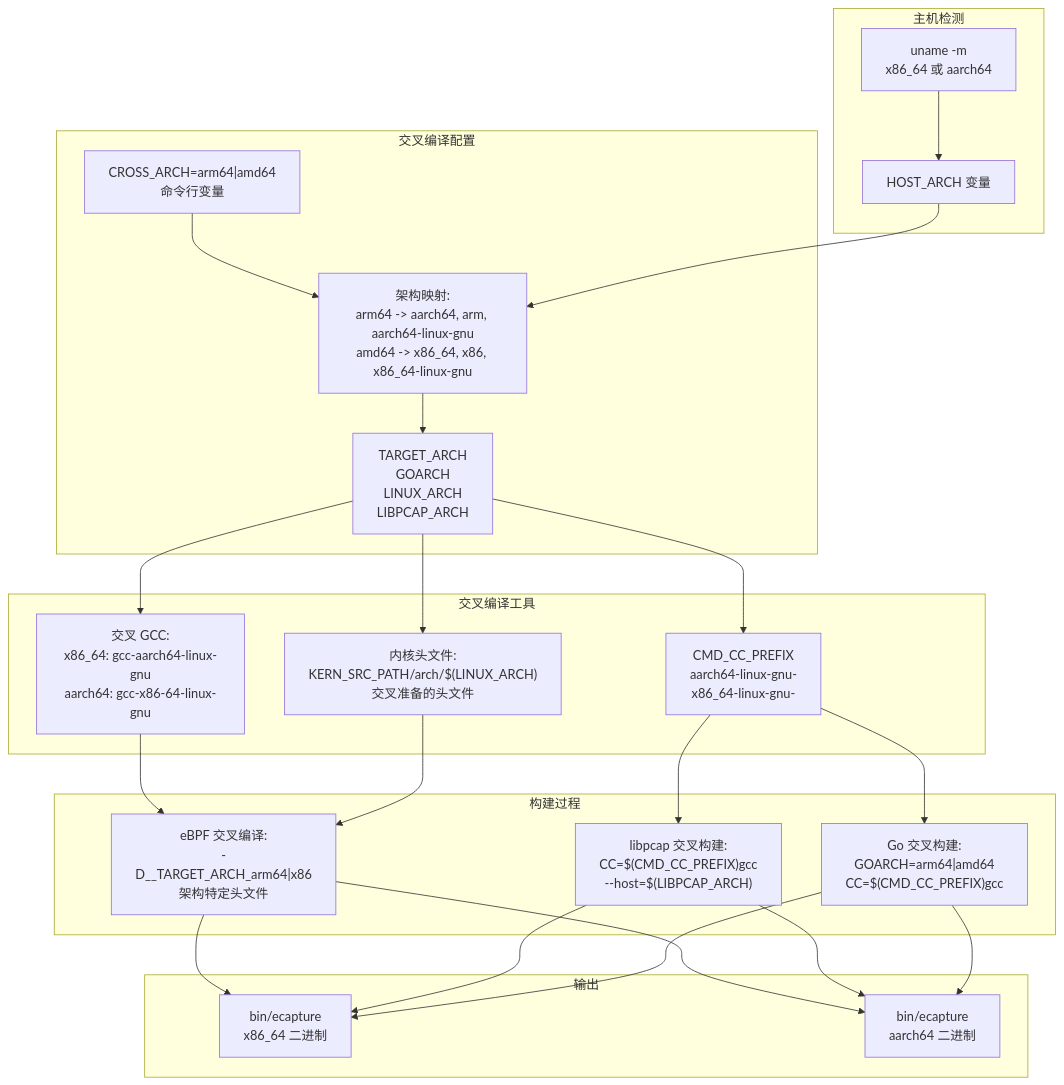
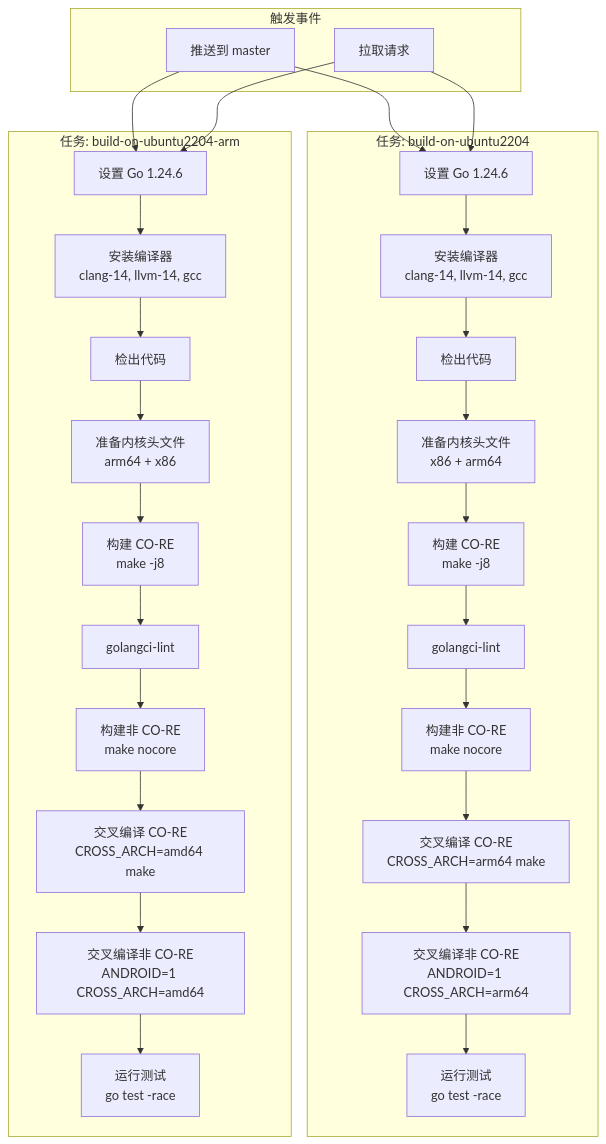
One commit to gojue/ecapture.cc changed the fifth of 6 diagrams in src/zh/5-development-guide/5.1-build-system.md. Above: the diagram before and after it, drawn with Mermaid. The commit also changed other lines of this file and 115 other files, not shown here.

````diff
--- a/src/zh/5-development-guide/5.1-build-system.md
+++ b/src/zh/5-development-guide/5.1-build-system.md
@@ -506,57 +596,58 @@
 ```mermaid
 graph TB
-    subgraph "主机检测"
-        UNAME["uname -m<br/>x86_64 或 aarch64"]
-        HOST_ARCH["HOST_ARCH 变量"]
+    subgraph "触发事件"
+        PUSH["推送到 master"]
+        PR["拉取请求"]
     end
     
-    subgraph "交叉编译配置"
-        CROSS_VAR["CROSS_ARCH=arm64|amd64<br/>命令行变量"]
-        
-        MAPPINGS["架构映射:<br/>arm64 -> aarch64, arm, aarch64-linux-gnu<br/>amd64 -> x86_64, x86, x86_64-linux-gnu"]
-        
-        TARGET_ARCH["TARGET_ARCH<br/>GOARCH<br/>LINUX_ARCH<br/>LIBPCAP_ARCH"]
+    subgraph "任务: build-on-ubuntu2204"
+        SETUP_GO_X86["设置 Go 1.24.6"]
+        INSTALL_X86["安装编译器<br/>clang-14, llvm-14, gcc"]
+        CHECKOUT_X86["检出代码"]
+        KERNEL_X86["准备内核头文件<br/>x86 + arm64"]
+        BUILD_CORE_X86["构建 CO-RE<br/>make -j8"]
+        LINT_X86["golangci-lint"]
+        BUILD_NOCORE_X86["构建非 CO-RE<br/>make nocore"]
+        CROSS_CORE_X86["交叉编译 CO-RE<br/>CROSS_ARCH=arm64 make"]
+        CROSS_NOCORE_X86["交叉编译非 CO-RE<br/>ANDROID=1 CROSS_ARCH=arm64"]
+        TEST_X86["运行测试<br/>go test -race"]
     end
     
-    subgraph "交叉编译工具"
-        GCC_CROSS["交叉 GCC:<br/>x86_64: gcc-aarch64-linux-gnu<br/>aarch64: gcc-x86-64-linux-gnu"]
-        
-        KERN_HEADERS["内核头文件:<br/>KERN_SRC_PATH/arch/$(LINUX_ARCH)<br/>交叉准备的头文件"]
-        
-        CC_PREFIX["CMD_CC_PREFIX<br/>aarch64-linux-gnu-<br/>x86_64-linux-gnu-"]
+    subgraph "任务: build-on-ubuntu2204-arm"
+        SETUP_GO_ARM["设置 Go 1.24.6"]
+        INSTALL_ARM["安装编译器<br/>clang-14, llvm-14, gcc"]
+        CHECKOUT_ARM["检出代码"]
+        KERNEL_ARM["准备内核头文件<br/>arm64 + x86"]
+        BUILD_CORE_ARM["构建 CO-RE<br/>make -j8"]
+        LINT_ARM["golangci-lint"]
+        BUILD_NOCORE_ARM["构建非 CO-RE<br/>make nocore"]
+        CROSS_CORE_ARM["交叉编译 CO-RE<br/>CROSS_ARCH=amd64 make"]
+        CROSS_NOCORE_ARM["交叉编译非 CO-RE<br/>ANDROID=1 CROSS_ARCH=amd64"]
+        TEST_ARM["运行测试<br/>go test -race"]
     end
     
-    subgraph "构建过程"
-        EBPF_CROSS["eBPF 交叉编译:<br/>-D__TARGET_ARCH_arm64|x86<br/>架构特定头文件"]
-        
-        LIBPCAP_CROSS["libpcap 交叉构建:<br/>CC=$(CMD_CC_PREFIX)gcc<br/>--host=$(LIBPCAP_ARCH)"]
-        
-        GO_CROSS["Go 交叉构建:<br/>GOARCH=arm64|amd64<br/>CC=$(CMD_CC_PREFIX)gcc"]
-    end
+    PUSH --> SETUP_GO_X86
+    PR --> SETUP_GO_X86
+    PUSH --> SETUP_GO_ARM
+    PR --> SETUP_GO_ARM
     
-    subgraph "输出"
-        X86_BIN["bin/ecapture<br/>x86_64 二进制"]
-        ARM_BIN["bin/ecapture<br/>aarch64 二进制"]
-    end
+    SETUP_GO_X86 --> INSTALL_X86
+    INSTALL_X86 --> CHECKOUT_X86
+    CHECKOUT_X86 --> KERNEL_X86
+    KERNEL_X86 --> BUILD_CORE_X86
+    BUILD_CORE_X86 --> LINT_X86
+    LINT_X86 --> BUILD_NOCORE_X86
+    BUILD_NOCORE_X86 --> CROSS_CORE_X86
+    CROSS_CORE_X86 --> CROSS_NOCORE_X86
+    CROSS_NOCORE_X86 --> TEST_X86
     
-    UNAME --> HOST_ARCH
-    CROSS_VAR --> MAPPINGS
-    HOST_ARCH --> MAPPINGS
-    MAPPINGS --> TARGET_ARCH
-    
-    TARGET_ARCH --> GCC_CROSS
-    TARGET_ARCH --> KERN_HEADERS
-    TARGET_ARCH --> CC_PREFIX
-    
-    GCC_CROSS --> EBPF_CROSS
-    KERN_HEADERS --> EBPF_CROSS
-    CC_PREFIX --> LIBPCAP_CROSS
-    CC_PREFIX --> GO_CROSS
-    
-    EBPF_CROSS --> X86_BIN
-    EBPF_CROSS --> ARM_BIN
-    LIBPCAP_CROSS --> X86_BIN
-    LIBPCAP_CROSS --> ARM_BIN
-    GO_CROSS --> X86_BIN
-    GO_CROSS --> ARM_BIN
+    SETUP_GO_ARM --> INSTALL_ARM
+    INSTALL_ARM --> CHECKOUT_ARM
+    CHECKOUT_ARM --> KERNEL_ARM
+    KERNEL_ARM --> BUILD_CORE_ARM
+    BUILD_CORE_ARM --> LINT_ARM
+    LINT_ARM --> BUILD_NOCORE_ARM
+    BUILD_NOCORE_ARM --> CROSS_CORE_ARM
+    CROSS_CORE_ARM --> CROSS_NOCORE_ARM
+    CROSS_NOCORE_ARM --> TEST_ARM
 ```
````
